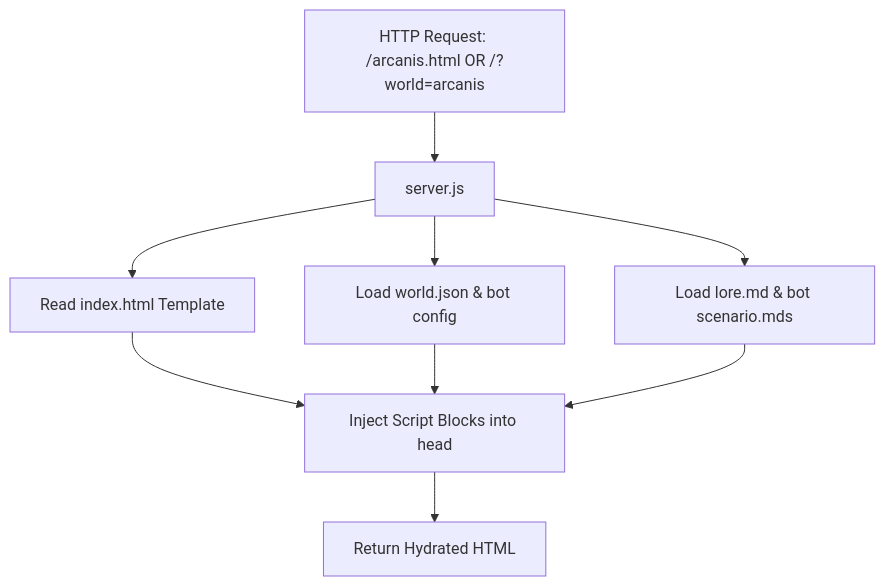
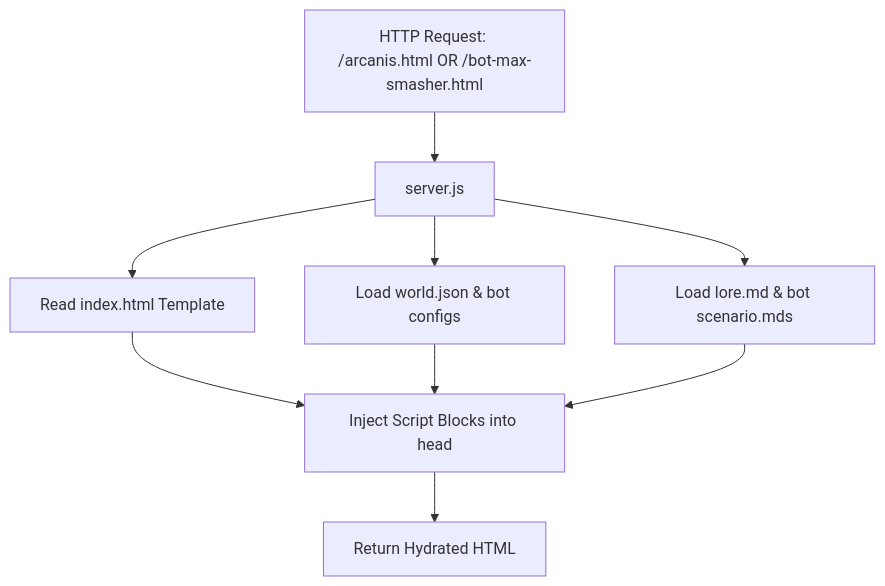
Before and after one commit to minimumlogix/World-Nexus: the second of 2 diagrams in PRELOAD_DOCS.md, drawn with Mermaid. The commit also changed other lines of this file and 23 other files, not shown here.

````diff
--- a/PRELOAD_DOCS.md
+++ b/PRELOAD_DOCS.md
@@ -28,9 +28,9 @@
 ```mermaid
 graph TD
-    A[HTTP Request: /arcanis.html OR /?world=arcanis] --> B[server.js]
+    A[HTTP Request: /arcanis.html OR /bot-max-smasher.html] --> B[server.js]
     B --> C[Read index.html Template]
-    B --> D[Load world.json & bot config]
+    B --> D[Load world.json & bot configs]
     B --> E[Load lore.md & bot scenario.mds]
     C & D & E --> F[Inject Script Blocks into head]
     F --> G[Return Hydrated HTML]
 ```
````
